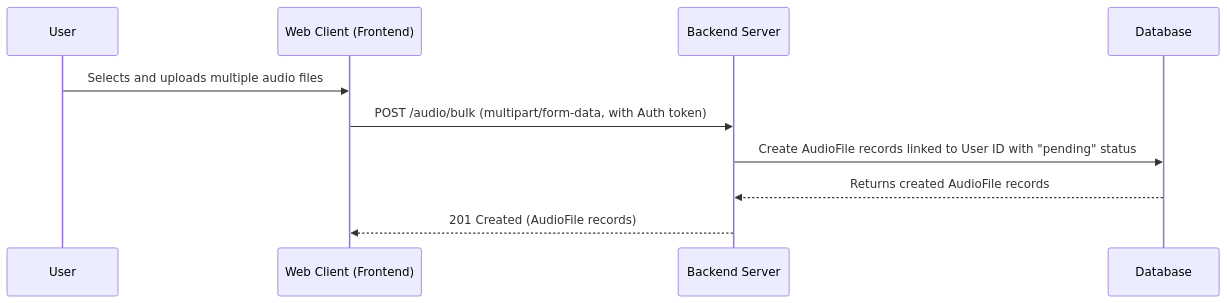
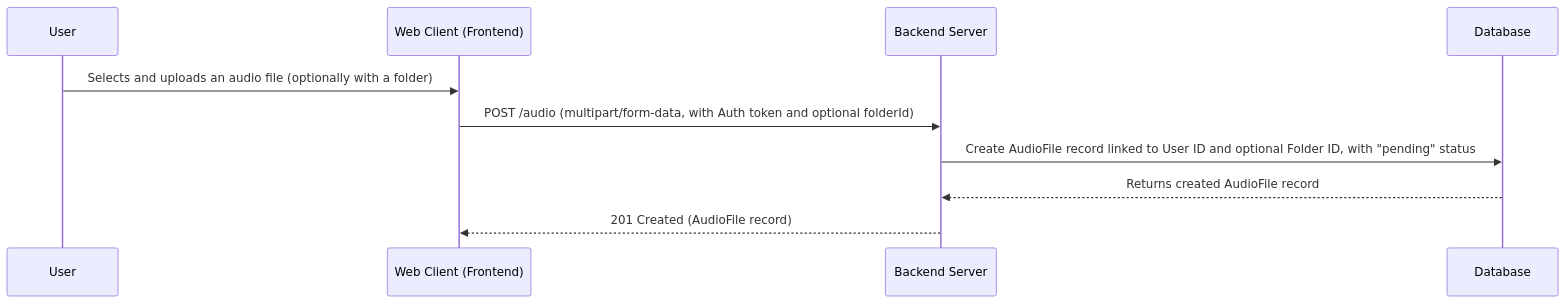
The third of 10 diagrams in specs/001-mvp-audio-search/spec.md (QQ5YU/EchoMind), drawn with Mermaid before and after one commit. The commit also changed other lines of this file and 1 other file, not shown here.

First line of the commit message:
docs(spec): Align spec and checklist with IPC architecture

````diff
--- a/specs/001-mvp-audio-search/spec.md
+++ b/specs/001-mvp-audio-search/spec.md
@@ -91,13 +91,13 @@
 ```mermaid
 sequenceDiagram
     participant User
     participant Client as Web Client (Frontend)
     participant Backend as Backend Server
     participant DB as Database
 
-    User->>Client: Selects and uploads multiple audio files
-    Client->>Backend: POST /audio/bulk (multipart/form-data, with Auth token)
-    Backend->>DB: Create AudioFile records linked to User ID with "pending" status
-    DB-->>Backend: Returns created AudioFile records
-    Backend-->>Client: 201 Created (AudioFile records)
+    User->>Client: Selects and uploads an audio file (optionally with a folder)
+    Client->>Backend: POST /audio (multipart/form-data, with Auth token and optional folderId)
+    Backend->>DB: Create AudioFile record linked to User ID and optional Folder ID, with "pending" status
+    DB-->>Backend: Returns created AudioFile record
+    Backend-->>Client: 201 Created (AudioFile record)
 ```
````
